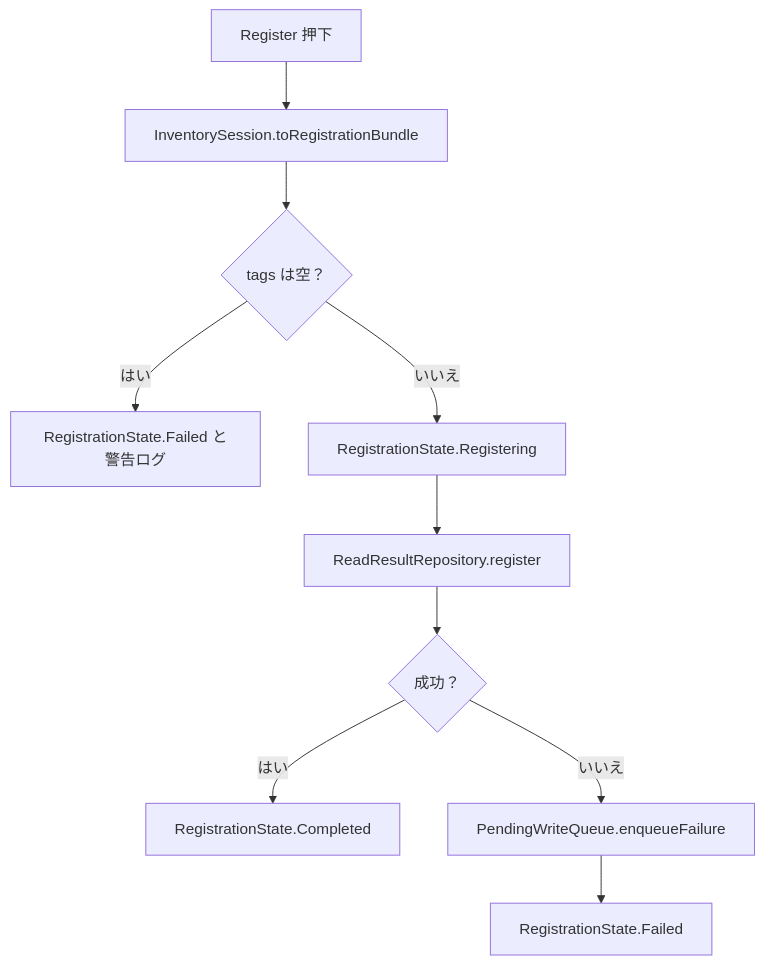
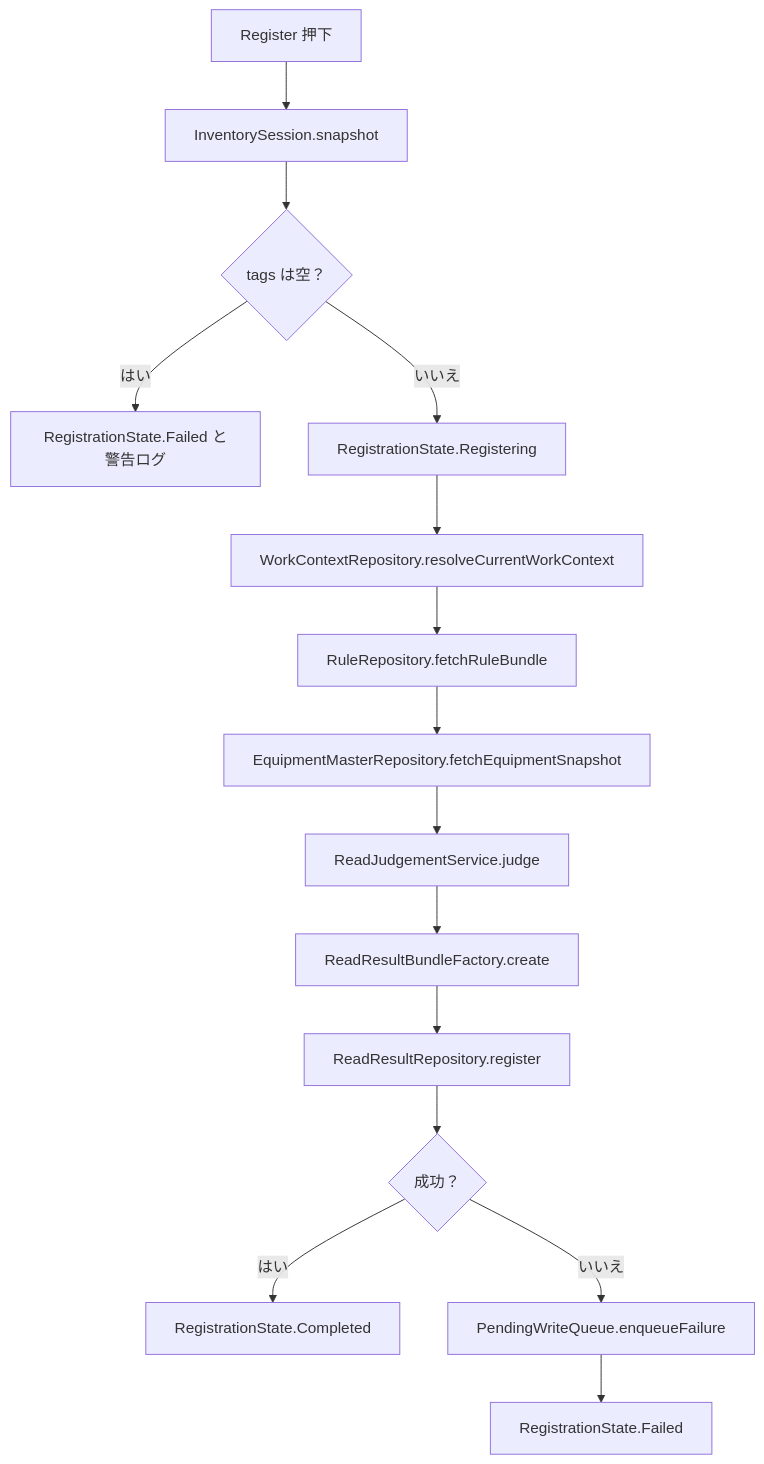
Before and after one commit to kuroronrobins/TraceLink: the third of 3 diagrams in AndroidStudio/RP902App/docs/onboarding/03_処理フロー.md, drawn with Mermaid. The commit also changed other lines of this file and 24 other files, not shown here.

Commit message:
Refactor inventory registration responsibilities

````diff
--- a/AndroidStudio/RP902App/docs/onboarding/03_処理フロー.md
+++ b/AndroidStudio/RP902App/docs/onboarding/03_処理フロー.md
@@ -51,12 +51,17 @@
 ```mermaid
 flowchart TD
-    A["Register 押下"] --> B["InventorySession.toRegistrationBundle"]
+    A["Register 押下"] --> B["InventorySession.snapshot"]
     B --> C{"tags は空？"}
     C -- "はい" --> D["RegistrationState.Failed と警告ログ"]
     C -- "いいえ" --> E["RegistrationState.Registering"]
-    E --> F["ReadResultRepository.register"]
-    F --> G{"成功？"}
-    G -- "はい" --> H["RegistrationState.Completed"]
-    G -- "いいえ" --> I["PendingWriteQueue.enqueueFailure"]
-    I --> J["RegistrationState.Failed"]
+    E --> F["WorkContextRepository.resolveCurrentWorkContext"]
+    F --> G["RuleRepository.fetchRuleBundle"]
+    G --> H["EquipmentMasterRepository.fetchEquipmentSnapshot"]
+    H --> I["ReadJudgementService.judge"]
+    I --> J["ReadResultBundleFactory.create"]
+    J --> K["ReadResultRepository.register"]
+    K --> L{"成功？"}
+    L -- "はい" --> M["RegistrationState.Completed"]
+    L -- "いいえ" --> N["PendingWriteQueue.enqueueFailure"]
+    N --> O["RegistrationState.Failed"]
 ```
````
